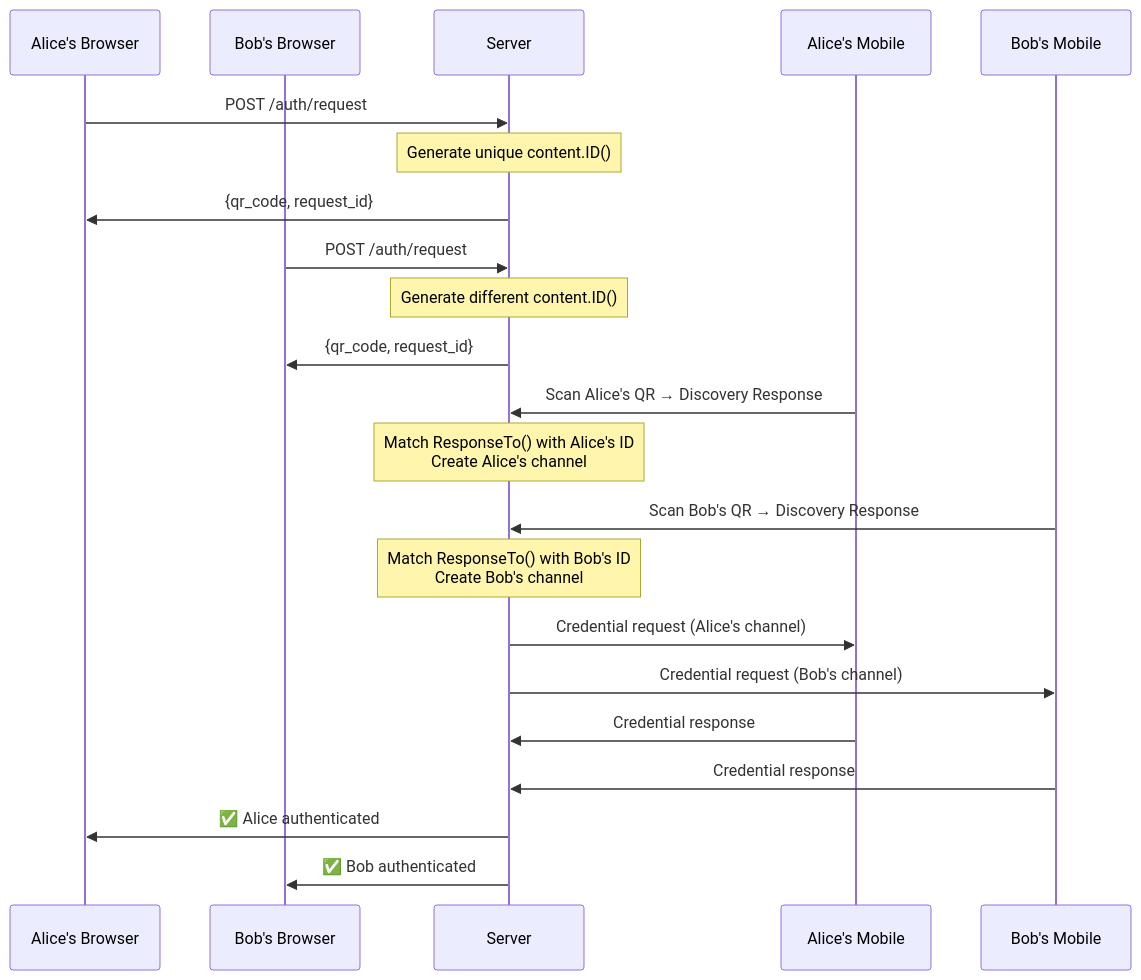
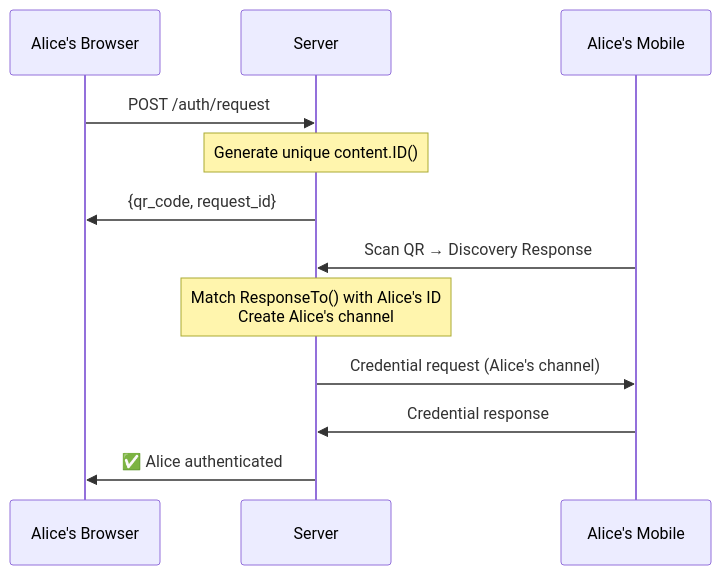
The diagram in examples/server/auth-system/README.md (joinself/academy), drawn with Mermaid before and after one commit. The commit also changed other lines of this file and 3 other files, not shown here.

Commit message:
Refactor authentication service to unify request tracking and enhance user isolation. Simplified configuration loading and improved session management. Updated README for clarity on authentication flow and security guarantees.

````diff
--- a/examples/server/auth-system/README.md
+++ b/examples/server/auth-system/README.md
@@ -106,31 +100,18 @@
 ```mermaid
 sequenceDiagram
     participant A as Alice's Browser
-    participant B as Bob's Browser
     participant S as Server
     participant AM as Alice's Mobile
-    participant BM as Bob's Mobile
     
     A->>S: POST /auth/request
     Note over S: Generate unique content.ID()
     S->>A: {qr_code, request_id}
     
-    B->>S: POST /auth/request  
-    Note over S: Generate different content.ID()
-    S->>B: {qr_code, request_id}
-    
-    AM->>S: Scan Alice's QR → Discovery Response
+    AM->>S: Scan QR → Discovery Response
     Note over S: Match ResponseTo() with Alice's ID<br/>Create Alice's channel
     
-    BM->>S: Scan Bob's QR → Discovery Response
-    Note over S: Match ResponseTo() with Bob's ID<br/>Create Bob's channel
-    
     S->>AM: Credential request (Alice's channel)
-    S->>BM: Credential request (Bob's channel)
-    
     AM->>S: Credential response
-    BM->>S: Credential response
     
     S->>A: ✅ Alice authenticated
-    S->>B: ✅ Bob authenticated
 ```
````
